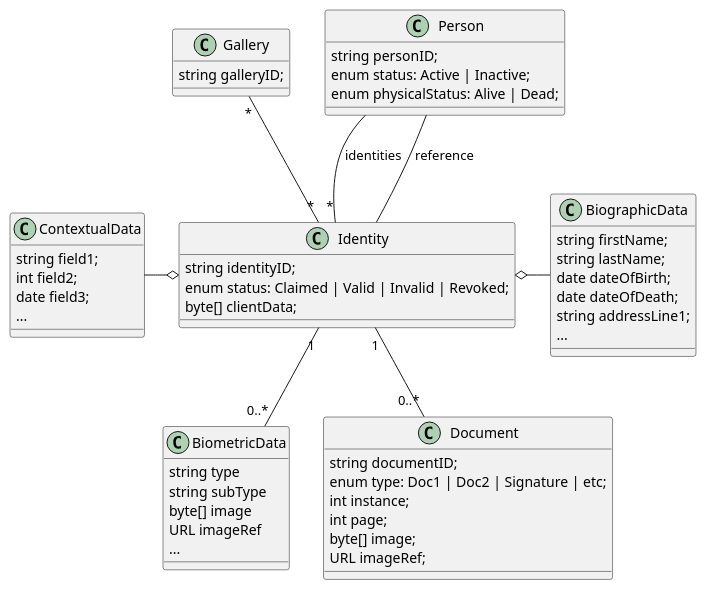
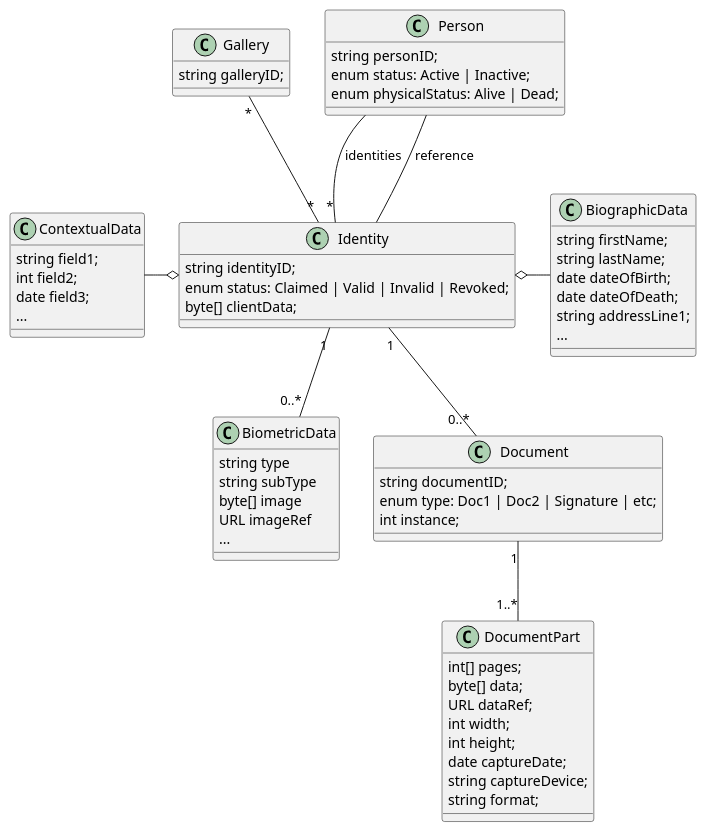
The second of 2 diagrams in src/doc/functional/_pr.rst (SecureIdentityAlliance/osia), drawn with PlantUML before and after one commit. The commit also changed 1 other file, not shown here.

Commit message:
In PR interface, redefine the document as a list of subparts that can contain multiple pages. Support of PDF.

```diff
--- a/src/doc/functional/_pr.rst
+++ b/src/doc/functional/_pr.rst
@@ -287,62 +287,72 @@
 .. uml::
     :caption: Population Registry Data Model
     :scale: 50%
 
     class Gallery {
         string galleryID;
     }
 
     class Person {
         string personID;
         enum status: Active | Inactive;
         enum physicalStatus: Alive | Dead;
     }
 
     class Identity {
         string identityID;
         enum status: Claimed | Valid | Invalid | Revoked;
         byte[] clientData;
     }
 
     Gallery "*" -- "*" Identity
 
     Person -- "*" Identity: "identities"
     Person -- Identity: "reference"
 
     class BiographicData {
         string firstName;
         string lastName;
         date dateOfBirth;
         date dateOfDeath;
         string addressLine1;
         ...
     }
     Identity o- BiographicData
 
     class ContextualData {
         string field1;
         int field2;
         date field3;
         ...
     }
     ContextualData -o Identity
     
     class BiometricData {
     string type
     string subType
     byte[] image
     URL imageRef
     ...
     }
     Identity "1" -- "0..*" BiometricData
 
     class Document {
       string documentID;
       enum type: Doc1 | Doc2 | Signature | etc;
       int instance;
-      int page;
-      byte[] image;
-      URL imageRef;
+    }
+
+    class DocumentPart {
+      int[] pages;
+      byte[] data;
+      URL dataRef;
+      int width;
+      int height;
+      date captureDate;
+      string captureDevice;
+      string format;
     }
 
     Identity "1" -- "0..*" Document
+
+    Document "1" -- "1..*" DocumentPart
```
